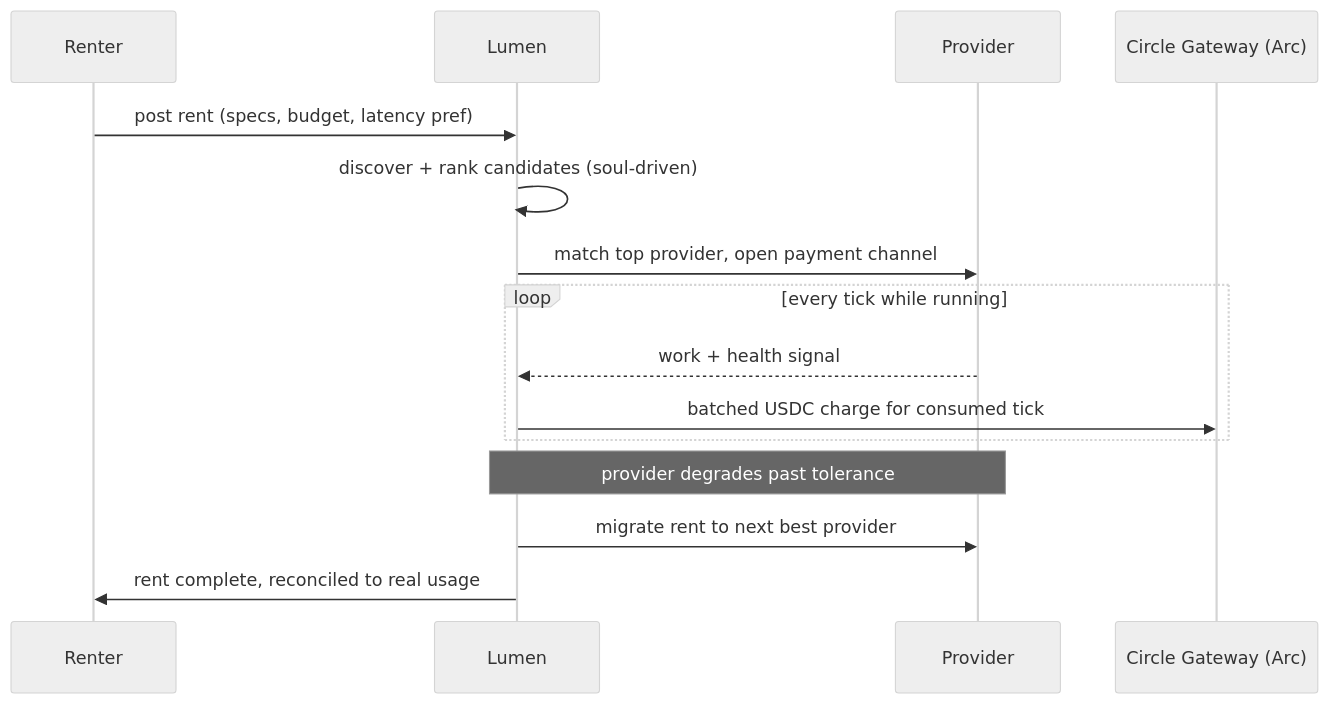
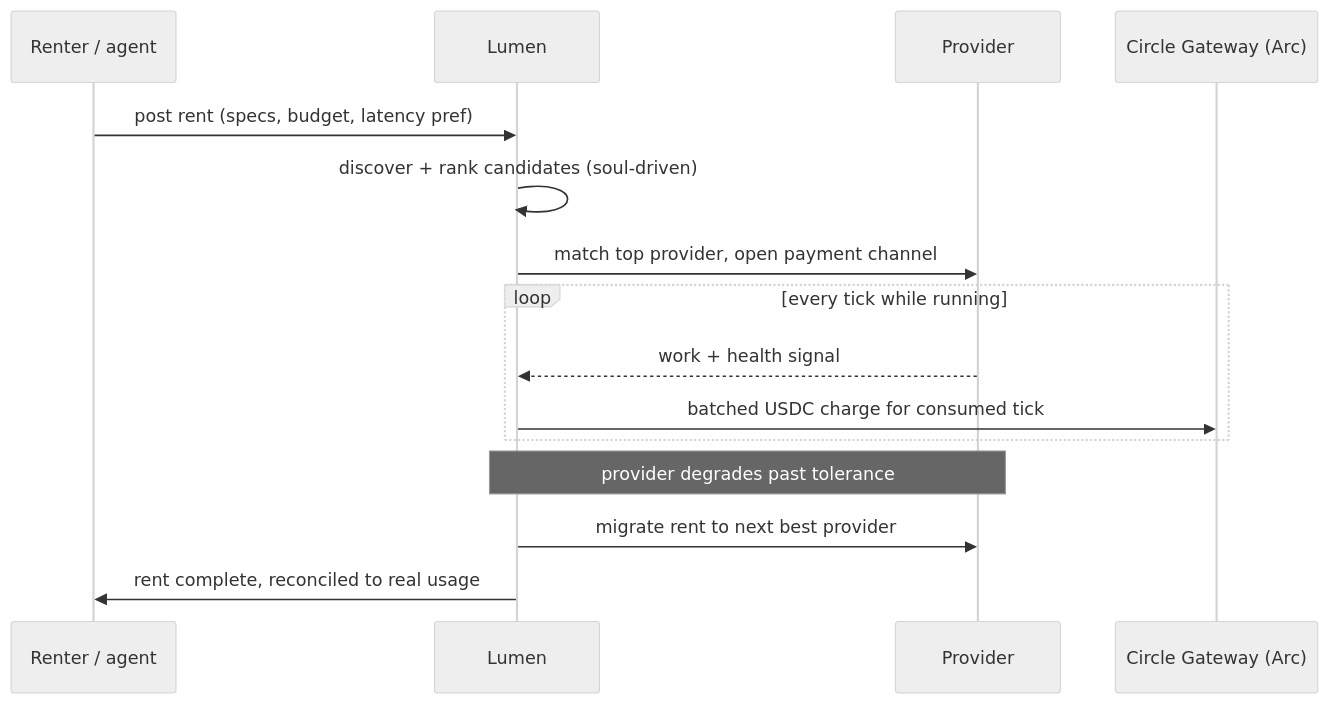
One commit to Jr-kenny/prime-compute changed the second of 3 diagrams in README.md. Above: the diagram before and after it, drawn with Mermaid (neutral theme). The commit also changed other lines of this file and 4 other files, not shown here.

````diff
--- a/README.md
+++ b/README.md
@@ -42,17 +44,17 @@
 ```mermaid
 sequenceDiagram
-  participant R as Renter
+  participant R as Renter / agent
   participant L as Lumen
   participant P as Provider
   participant G as Circle Gateway (Arc)
   R->>L: post rent (specs, budget, latency pref)
   L->>L: discover + rank candidates (soul-driven)
   L->>P: match top provider, open payment channel
   loop every tick while running
     P-->>L: work + health signal
     L->>G: batched USDC charge for consumed tick
   end
   Note over L,P: provider degrades past tolerance
   L->>P: migrate rent to next best provider
   L->>R: rent complete, reconciled to real usage
 ```
````
